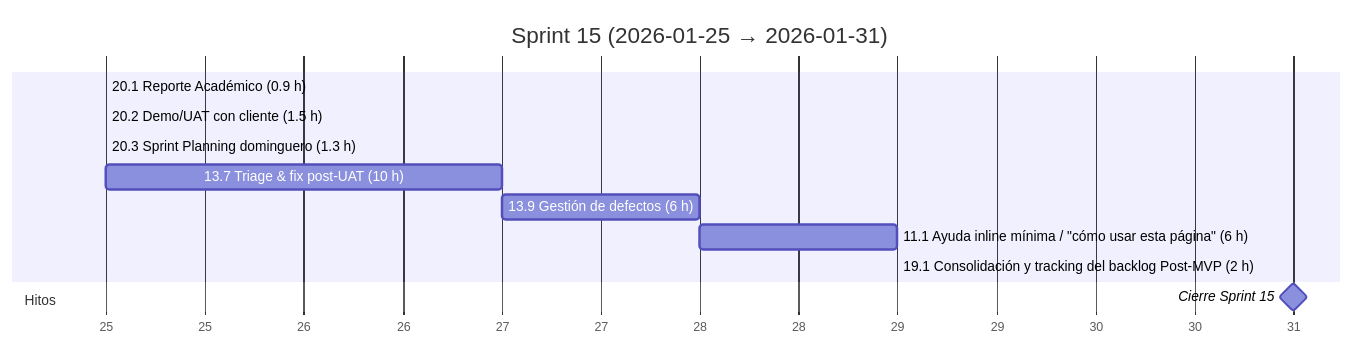
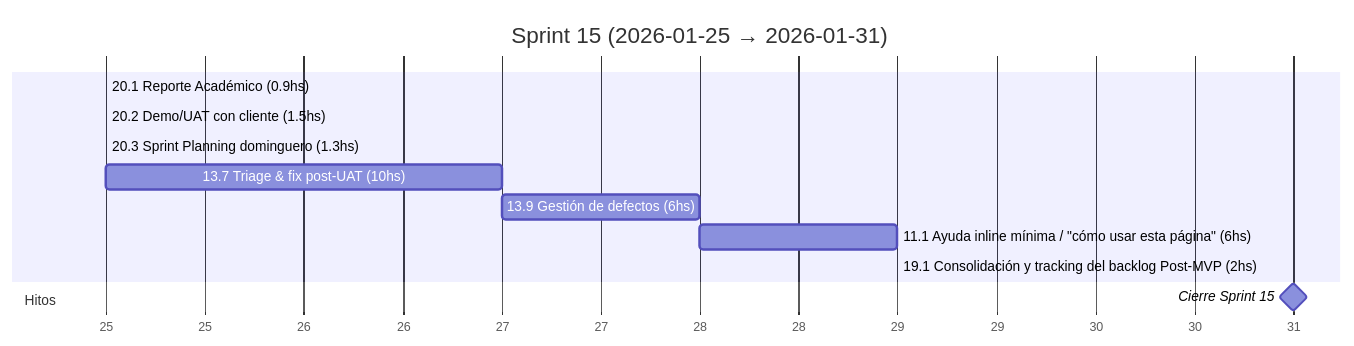
One commit to MarkMed/FleetMan changed diagram 16 of 17 in docs/SprintsGantts.md. Above: the diagram before and after it, drawn with Mermaid. The commit also changed other lines of this file, not shown here.

Commit message:
Update Gantt chart documentation to standardize time format from hours to hours (hs)

````diff
--- a/docs/SprintsGantts.md
+++ b/docs/SprintsGantts.md
@@ -390,19 +389,19 @@
 ```mermaid
 gantt
   title Sprint 15 (2026-01-25 → 2026-01-31)
   dateFormat  YYYY-MM-DD
   axisFormat  %d
 
   %% Asumimos 5 h/día. Horas estimadas incluidas en el nombre.
 
-  20.1 Reporte Académico (0.9 h)               :t201, 2026-01-25, 0.2d
-  20.2 Demo/UAT con cliente (1.5 h)            :t202, after t201, 0.3d
-  20.3 Sprint Planning dominguero (1.3 h)      :t203, after t202, 0.3d
-  13.7 Triage & fix post-UAT (10 h)            :t137, after t203, 2d
-  13.9 Gestión de defectos (6 h)               :t139, after t137, 1.2d
-  11.1 Ayuda inline mínima / "cómo usar esta página" (6 h) :t111, after t139, 1.2d
-  19.1 Consolidación y tracking del backlog Post-MVP (2 h) :t191, after t111, 0.4d
+  20.1 Reporte Académico (0.9hs)               :t201, 2026-01-25, 0.2d
+  20.2 Demo/UAT con cliente (1.5hs)            :t202, after t201, 0.3d
+  20.3 Sprint Planning dominguero (1.3hs)      :t203, after t202, 0.3d
+  13.7 Triage & fix post-UAT (10hs)            :t137, after t203, 2d
+  13.9 Gestión de defectos (6hs)               :t139, after t137, 1.2d
+  11.1 Ayuda inline mínima / "cómo usar esta página" (6hs) :t111, after t139, 1.2d
+  19.1 Consolidación y tracking del backlog Post-MVP (2hs) :t191, after t111, 0.4d
 
   section Hitos
   Cierre Sprint 15                             :milestone, s15, 2026-01-31, 0d
 ```
````
